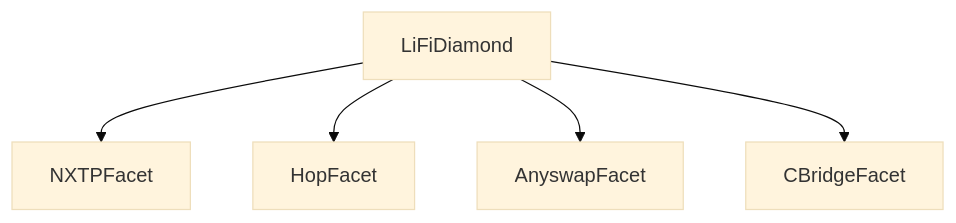
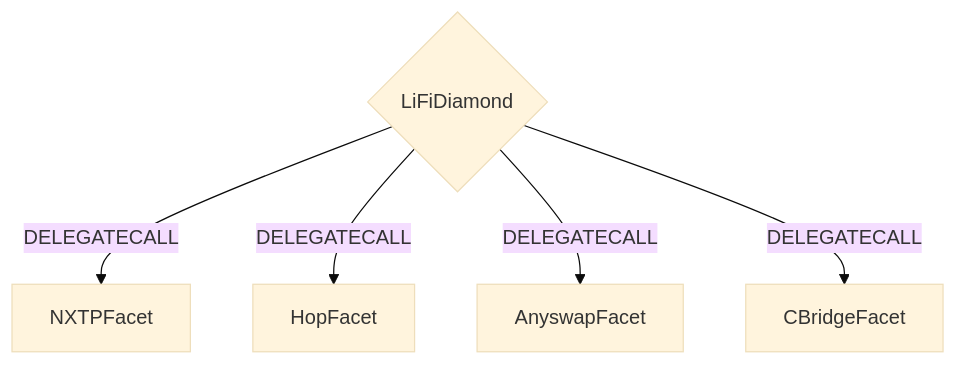
Before and after one commit to lifinance/contracts: the first of 2 diagrams in README.md, drawn with Mermaid (base theme). The commit also changed other lines of this file, not shown here.

Commit message:
📄 add more details to diagrams

````diff
--- a/README.md
+++ b/README.md
@@ -21,7 +21,7 @@
 ```mermaid
 graph TD;
-    LiFiDiamond-->NXTPFacet;
-    LiFiDiamond-->HopFacet;
-    LiFiDiamond-->AnyswapFacet;
-    LiFiDiamond-->CBridgeFacet;
+    D{LiFiDiamond}-- DELEGATECALL -->NXTPFacet;
+    D{LiFiDiamond}-- DELEGATECALL -->HopFacet;
+    D{LiFiDiamond}-- DELEGATECALL -->AnyswapFacet;
+    D{LiFiDiamond}-- DELEGATECALL -->CBridgeFacet;
 ```
````
